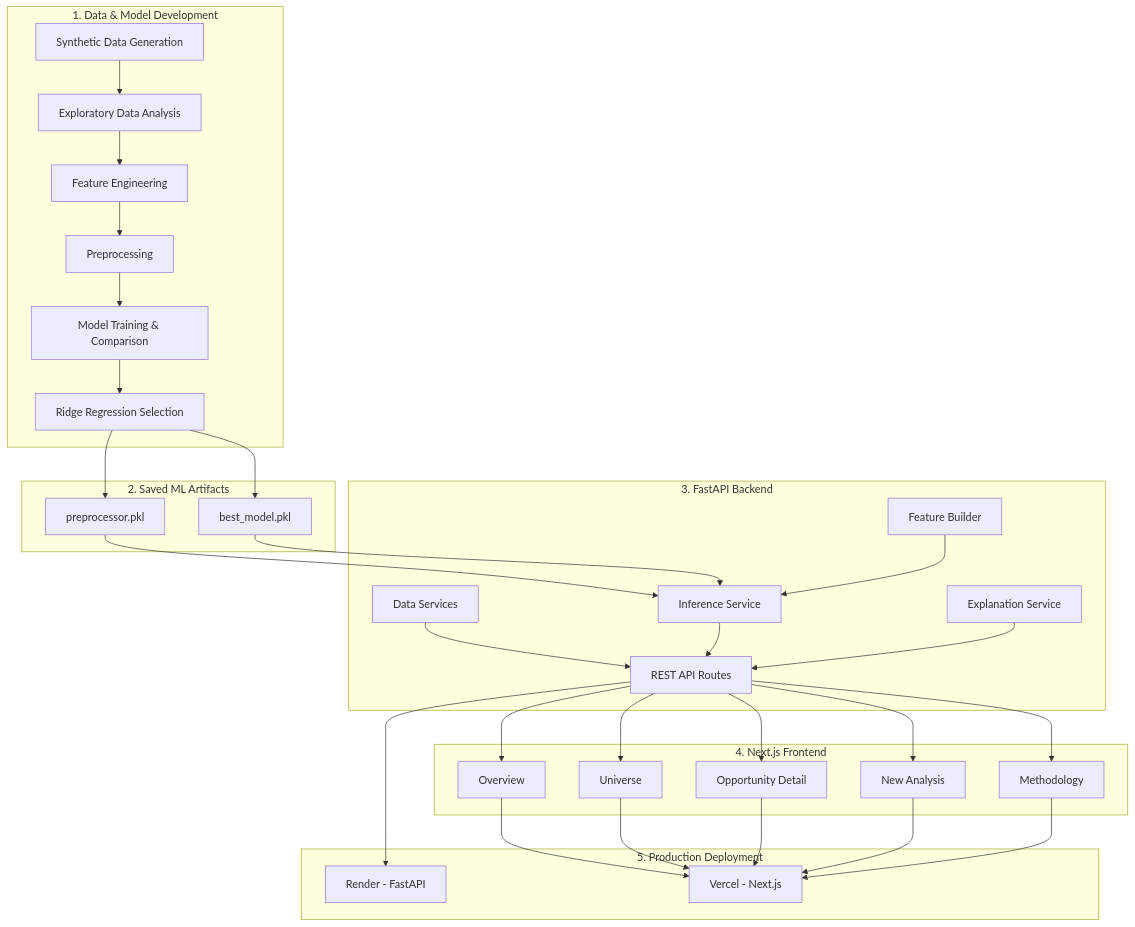
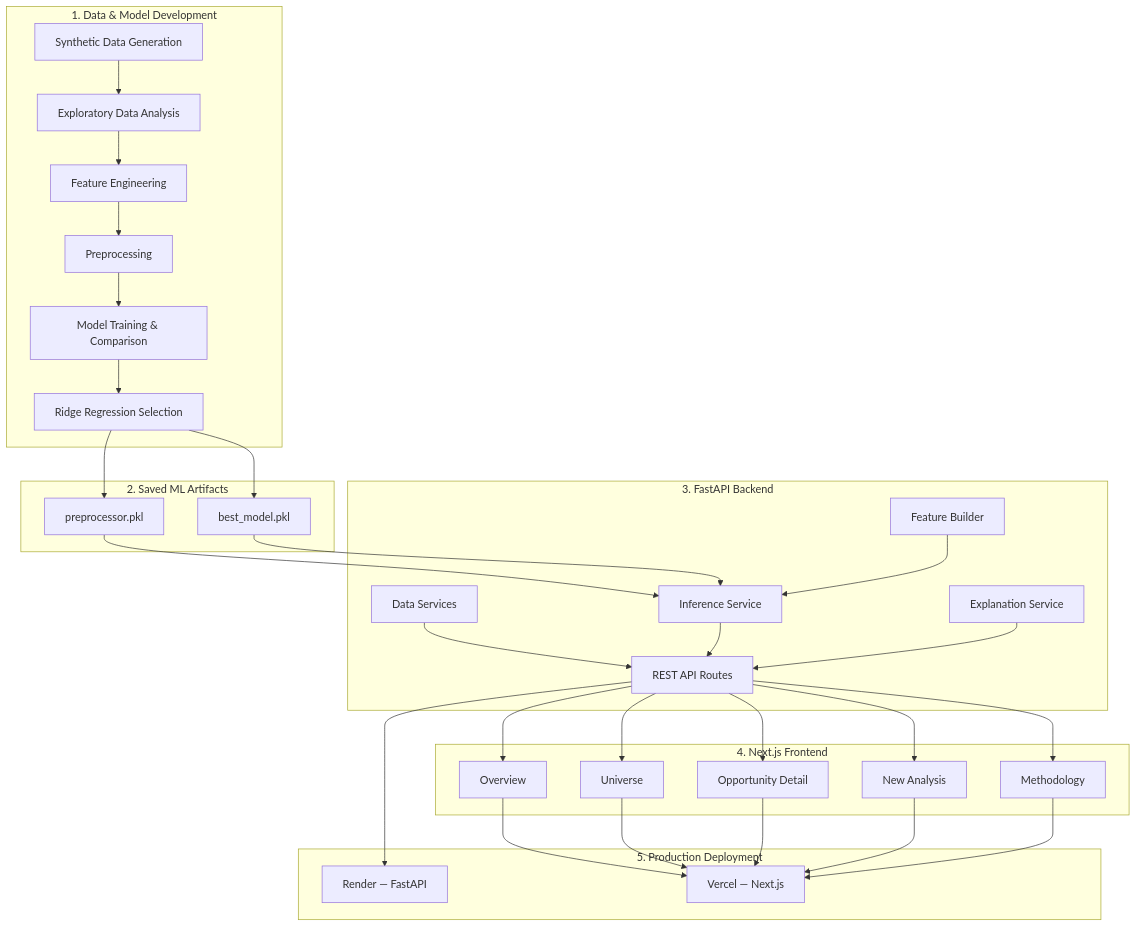
Before and after one commit to Azoqoz/ai-investment-opportunity-analyzer: the diagram in README.md, drawn with Mermaid. The commit also changed other lines of this file, not shown here.

````diff
--- a/README.md
+++ b/README.md
@@ -193,62 +232,62 @@
 ```mermaid
 flowchart TD
     subgraph A["1. Data & Model Development"]
-        A1[Synthetic Data Generation]
-        A2[Exploratory Data Analysis]
-        A3[Feature Engineering]
-        A4[Preprocessing]
-        A5[Model Training & Comparison]
-        A6[Ridge Regression Selection]
+        A1["Synthetic Data Generation"]
+        A2["Exploratory Data Analysis"]
+        A3["Feature Engineering"]
+        A4["Preprocessing"]
+        A5["Model Training & Comparison"]
+        A6["Ridge Regression Selection"]
 
         A1 --> A2 --> A3 --> A4 --> A5 --> A6
     end
 
     subgraph B["2. Saved ML Artifacts"]
-        B1[preprocessor.pkl]
-        B2[best_model.pkl]
+        B1["preprocessor.pkl"]
+        B2["best_model.pkl"]
 
         A6 --> B1
         A6 --> B2
     end
 
     subgraph C["3. FastAPI Backend"]
-        C1[Data Services]
-        C2[Feature Builder]
-        C3[Inference Service]
-        C4[Explanation Service]
-        C5[REST API Routes]
+        C1["Data Services"]
+        C2["Feature Builder"]
+        C3["Inference Service"]
+        C4["Explanation Service"]
+        C5["REST API Routes"]
 
         B1 --> C3
         B2 --> C3
         C1 --> C5
         C2 --> C3
         C3 --> C5
         C4 --> C5
     end
 
     subgraph D["4. Next.js Frontend"]
-        D1[Overview]
-        D2[Universe]
-        D3[Opportunity Detail]
-        D4[New Analysis]
-        D5[Methodology]
+        D1["Overview"]
+        D2["Universe"]
+        D3["Opportunity Detail"]
+        D4["New Analysis"]
+        D5["Methodology"]
 
         C5 --> D1
         C5 --> D2
         C5 --> D3
         C5 --> D4
         C5 --> D5
     end
 
     subgraph E["5. Production Deployment"]
-        E1[Render - FastAPI]
-        E2[Vercel - Next.js]
+        E1["Render — FastAPI"]
+        E2["Vercel — Next.js"]
 
         C5 --> E1
         D1 --> E2
         D2 --> E2
         D3 --> E2
         D4 --> E2
         D5 --> E2
     end
 ```
````
